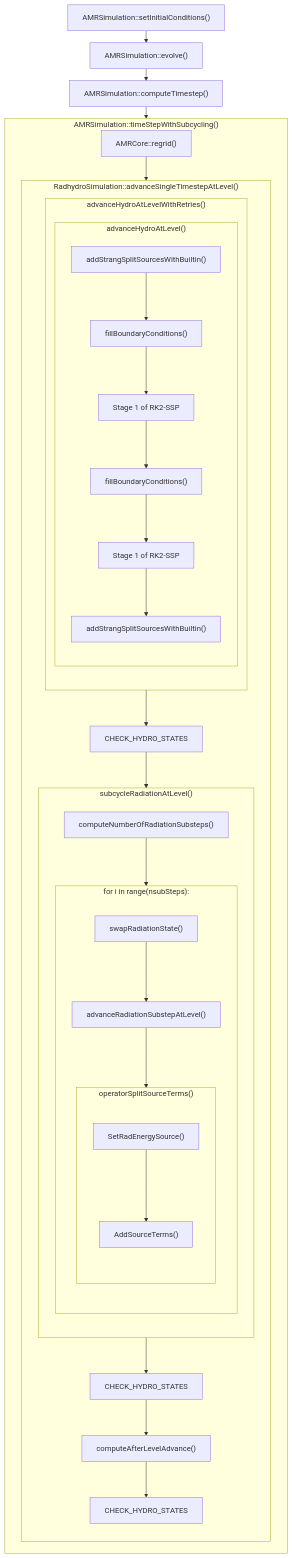
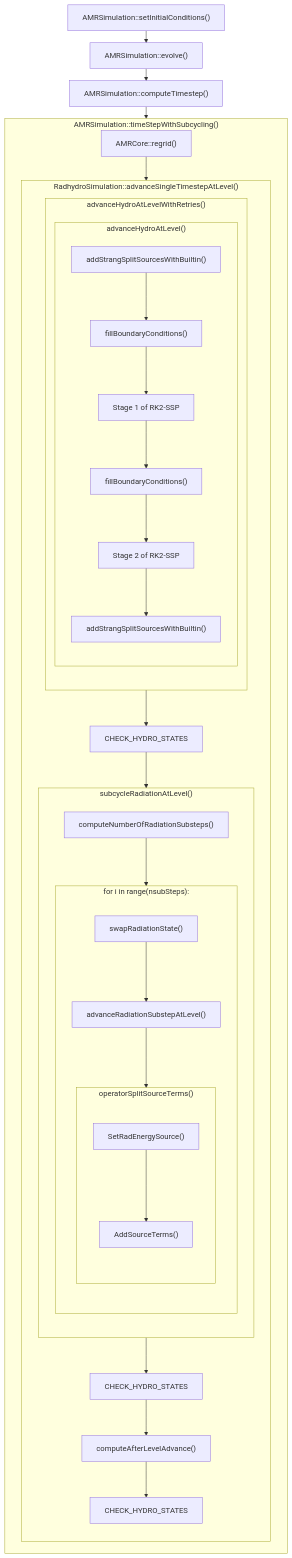
Before and after one commit to quokka-astro/quokka: the diagram in docs/docs/flowchart.md, drawn with Mermaid. The commit also changed other lines of this file and 1 other file, not shown here.

Commit message:
remove PDF

````diff
--- a/docs/docs/flowchart.md
+++ b/docs/docs/flowchart.md
@@ -3,82 +3,82 @@
 ```mermaid
 %%{init: {
   'flowchart': {
     'rankSpacing': 25,
     'curve': 'natural',
     'padding': 15
   }
 }}%%
 
 flowchart TB
     %% Main flow
     A["AMRSimulation::setInitialConditions()"]
     B["AMRSimulation::evolve()"]
     C["AMRSimulation::computeTimestep()"]
     
     %% Create the flow
     A --> B --> C
     
     %% Main timeStep subgraph
     subgraph timeStep ["AMRSimulation::timeStepWithSubcycling()"]
         direction TB
         D["AMRCore::regrid()"]
         
         %% advanceSingleTimestep subgraph
         subgraph advanceSingle ["RadhydroSimulation::advanceSingleTimestepAtLevel()"]
             direction TB
             
             %% advanceHydro subgraph
             subgraph advanceHydro ["advanceHydroAtLevelWithRetries()"]
                 direction TB
                 
                 subgraph innerAdvance ["advanceHydroAtLevel()"]
                     direction TB
                     H1["addStrangSplitSourcesWithBuiltin()"]
                     H2["fillBoundaryConditions()"]
                     H3["Stage 1 of RK2-SSP"]
                     H4["fillBoundaryConditions()"]
-                    H5["Stage 1 of RK2-SSP"]
+                    H5["Stage 2 of RK2-SSP"]
                     H6["addStrangSplitSourcesWithBuiltin()"]
                     
                     H1 --> H2 --> H3 --> H4 --> H5 --> H6
                 end
             end
             
             E["CHECK_HYDRO_STATES"]
             
             %% Subcycle radiation subgraph
             subgraph subcycle ["subcycleRadiationAtLevel()"]
                 direction TB
                 F1["computeNumberOfRadiationSubsteps()"]
                 
                 subgraph forLoop ["for i in range(nsubSteps):"]
                     direction TB
                     G1["swapRadiationState()"]
                     G2["advanceRadiationSubstepAtLevel()"]
                     
                     subgraph operator ["operatorSplitSourceTerms()"]
                         direction TB
                         K1["SetRadEnergySource()"]
                         K2["AddSourceTerms()"]
                         
                         K1 --> K2
                     end
                     
                     G1 --> G2 --> operator
                 end
                 
                 F1 --> forLoop
             end
             
             I["CHECK_HYDRO_STATES"]
             J["computeAfterLevelAdvance()"]
             K["CHECK_HYDRO_STATES"]
             
             advanceHydro --> E --> subcycle --> I --> J --> K
         end
         
         D --> advanceSingle
     end
     
     C --> timeStep
 ```
````
